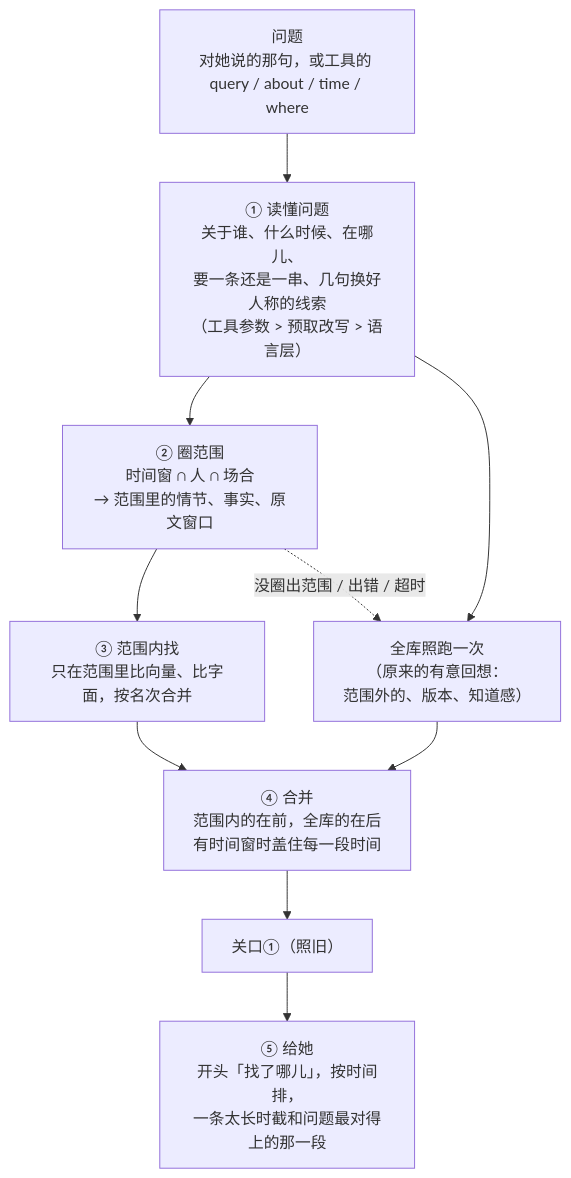
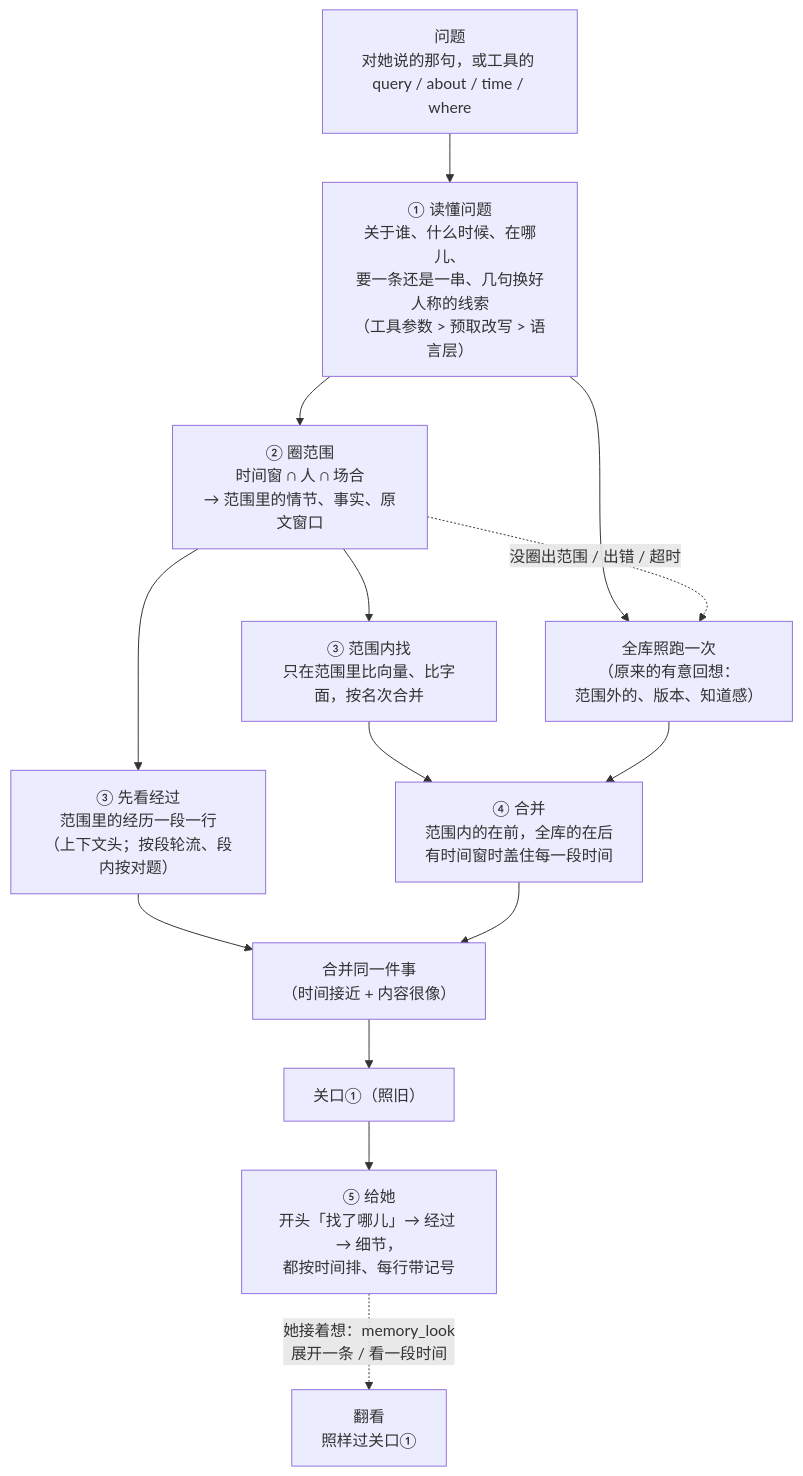
Before and after one commit to QiuYeDx/dsh-rugu: the seventh of 10 diagrams in docs/图解.md, drawn with Mermaid. The commit also changed other lines of this file and 44 other files, not shown here.

````diff
--- a/docs/图解.md
+++ b/docs/图解.md
@@ -281,12 +281,16 @@
 ```mermaid
 flowchart TB
   Q["问题<br/>对她说的那句，或工具的 query / about / time / where"] --> U["① 读懂问题<br/>关于谁、什么时候、在哪儿、<br/>要一条还是一串、几句换好人称的线索<br/>（工具参数 > 预取改写 > 语言层）"]
   U --> S["② 圈范围<br/>时间窗 ∩ 人 ∩ 场合<br/>→ 范围里的情节、事实、原文窗口"]
   S --> F["③ 范围内找<br/>只在范围里比向量、比字面，按名次合并"]
   U --> G["全库照跑一次<br/>（原来的有意回想：<br/>范围外的、版本、知道感）"]
   F --> M["④ 合并<br/>范围内的在前，全库的在后<br/>有时间窗时盖住每一段时间"]
   G --> M
-  M --> GATE["关口①（照旧）"]
-  GATE --> OUT["⑤ 给她<br/>开头「找了哪儿」，按时间排，<br/>一条太长时截和问题最对得上的那一段"]
+  S --> OL["③ 先看经过<br/>范围里的经历一段一行<br/>（上下文头；按段轮流、段内按对题）"]
+  OL --> SAME
+  M --> SAME["合并同一件事<br/>（时间接近 + 内容很像）"]
+  SAME --> GATE["关口①（照旧）"]
+  GATE --> OUT["⑤ 给她<br/>开头「找了哪儿」→ 经过 → 细节，<br/>都按时间排、每行带记号"]
+  OUT -.->|"她接着想：memory_look<br/>展开一条 / 看一段时间"| LK["翻看<br/>照样过关口①"]
   S -.->|"没圈出范围 / 出错 / 超时"| G
 ```
````
